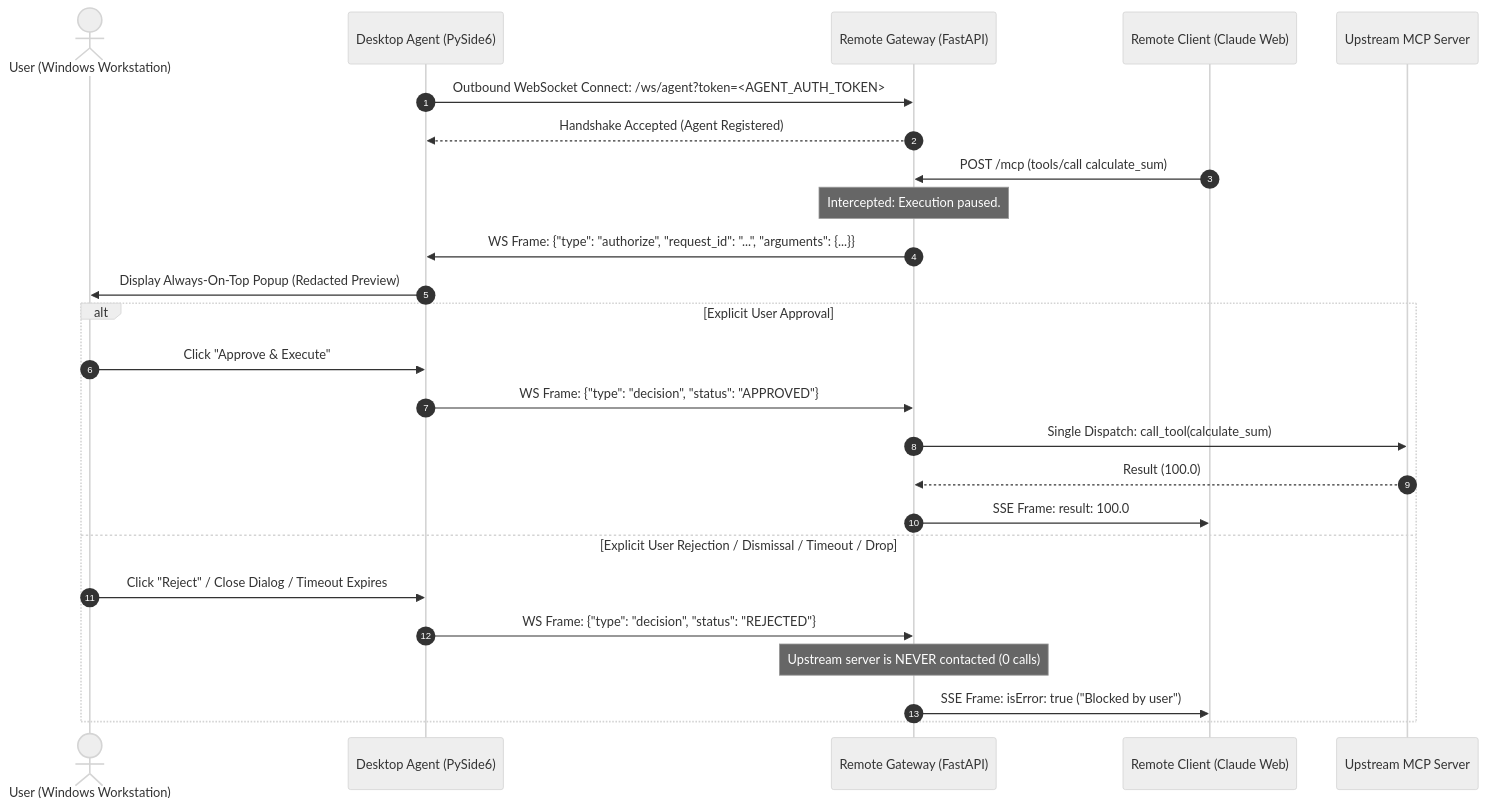
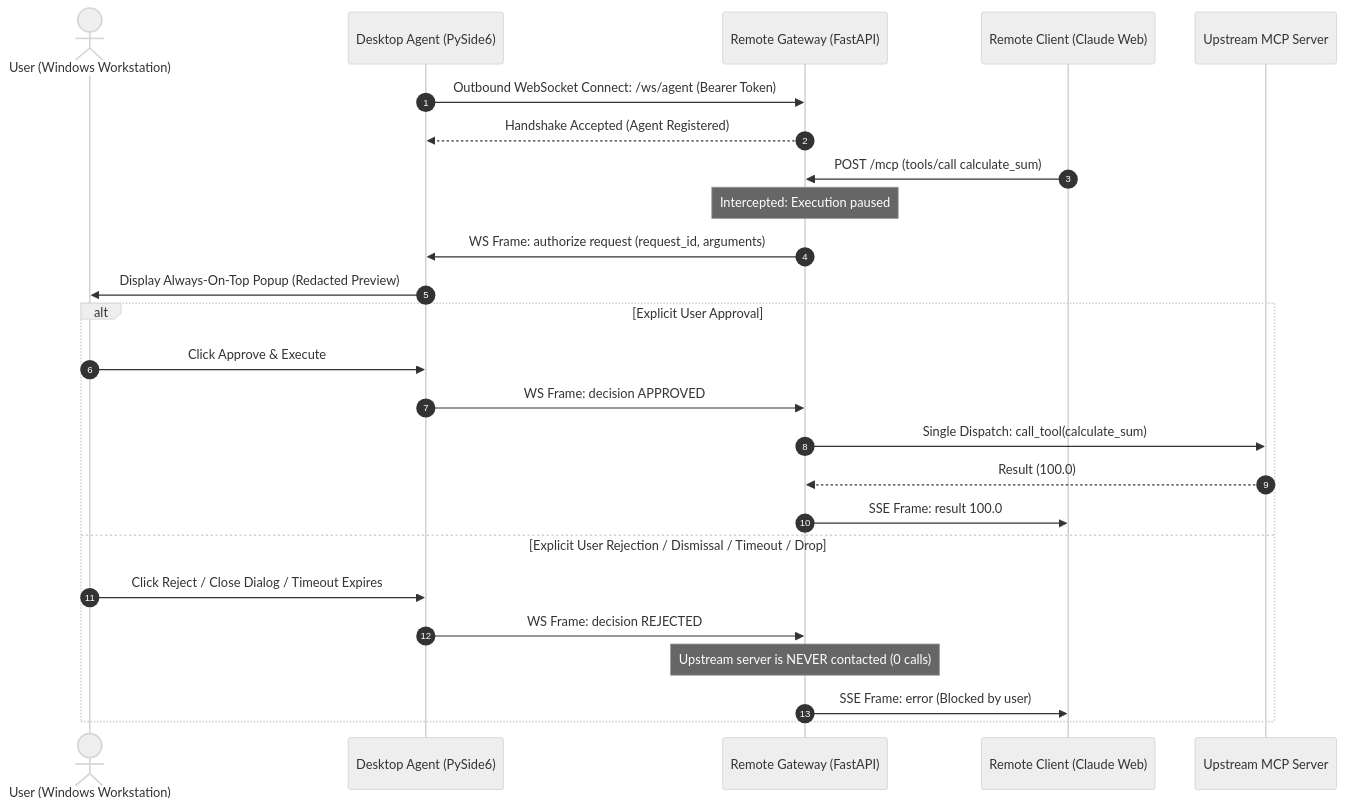
The second of 3 diagrams in README.md (shubhamsahu4747/mcp-monitoring), drawn with Mermaid (neutral theme) before and after one commit. The commit also changed other lines of this file and 5 other files, not shown here.

Commit message:
feat: Enhance authorization request handling and add test runner for Remote MCP Client

````diff
--- a/README.md
+++ b/README.md
@@ -117,31 +117,31 @@
 ```mermaid
 sequenceDiagram
     autonumber
     actor User as User (Windows Workstation)
     participant Agent as Desktop Agent (PySide6)
     participant Gateway as Remote Gateway (FastAPI)
     participant Client as Remote Client (Claude Web)
     participant Upstream as Upstream MCP Server
 
-    Agent->>Gateway: Outbound WebSocket Connect: /ws/agent?token=<AGENT_AUTH_TOKEN>
+    Agent->>Gateway: Outbound WebSocket Connect: /ws/agent (Bearer Token)
     Gateway-->>Agent: Handshake Accepted (Agent Registered)
 
     Client->>Gateway: POST /mcp (tools/call calculate_sum)
-    Note over Gateway: Intercepted: Execution paused.
+    Note over Gateway: Intercepted: Execution paused
     
-    Gateway->>Agent: WS Frame: {"type": "authorize", "request_id": "...", "arguments": {...}}
+    Gateway->>Agent: WS Frame: authorize request (request_id, arguments)
     Agent->>User: Display Always-On-Top Popup (Redacted Preview)
 
     alt Explicit User Approval
-        User->>Agent: Click "Approve & Execute"
-        Agent->>Gateway: WS Frame: {"type": "decision", "status": "APPROVED"}
+        User->>Agent: Click Approve & Execute
+        Agent->>Gateway: WS Frame: decision APPROVED
         Gateway->>Upstream: Single Dispatch: call_tool(calculate_sum)
         Upstream-->>Gateway: Result (100.0)
-        Gateway->>Client: SSE Frame: result: 100.0
+        Gateway->>Client: SSE Frame: result 100.0
     else Explicit User Rejection / Dismissal / Timeout / Drop
-        User->>Agent: Click "Reject" / Close Dialog / Timeout Expires
-        Agent->>Gateway: WS Frame: {"type": "decision", "status": "REJECTED"}
+        User->>Agent: Click Reject / Close Dialog / Timeout Expires
+        Agent->>Gateway: WS Frame: decision REJECTED
         Note over Gateway: Upstream server is NEVER contacted (0 calls)
-        Gateway->>Client: SSE Frame: isError: true ("Blocked by user")
+        Gateway->>Client: SSE Frame: error (Blocked by user)
     end
 ```
````
